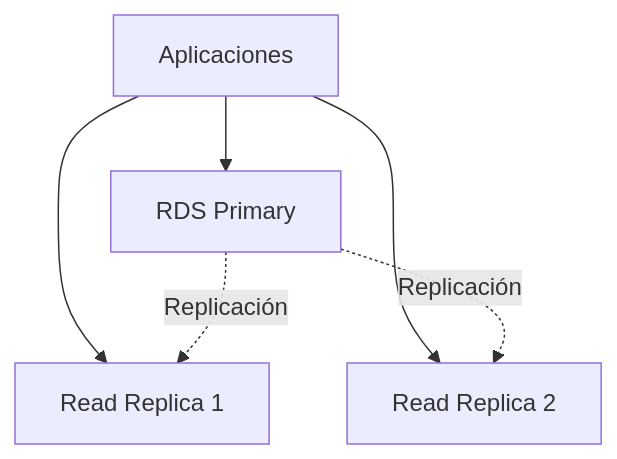
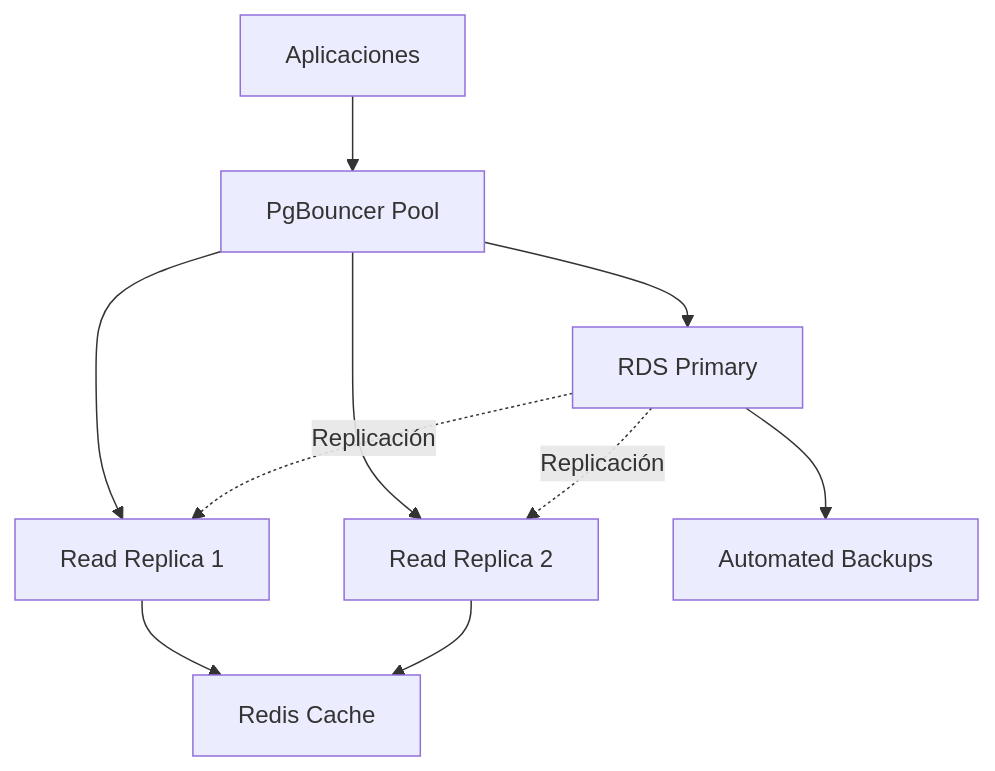
The diagram in infrastructure/database.mdx (retrogamecloud/docs), drawn with Mermaid before and after one commit. The commit also changed other lines of this file and 19 other files, not shown here.

````diff
--- a/infrastructure/database.mdx
+++ b/infrastructure/database.mdx
@@ -13,8 +13,12 @@
 ```mermaid
 graph TB
-    App[Aplicaciones] --> Writer[RDS Primary]
-    App --> Reader1[Read Replica 1]
-    App --> Reader2[Read Replica 2]
+    App[Aplicaciones] --> PgBouncer[PgBouncer Pool]
+    PgBouncer --> Writer[RDS Primary]
+    PgBouncer --> Reader1[Read Replica 1]
+    PgBouncer --> Reader2[Read Replica 2]
     Writer -.Replicación.-> Reader1
     Writer -.Replicación.-> Reader2
+    Writer --> Backup[Automated Backups]
+    Reader1 --> Cache[Redis Cache]
+    Reader2 --> Cache
 ```
````
